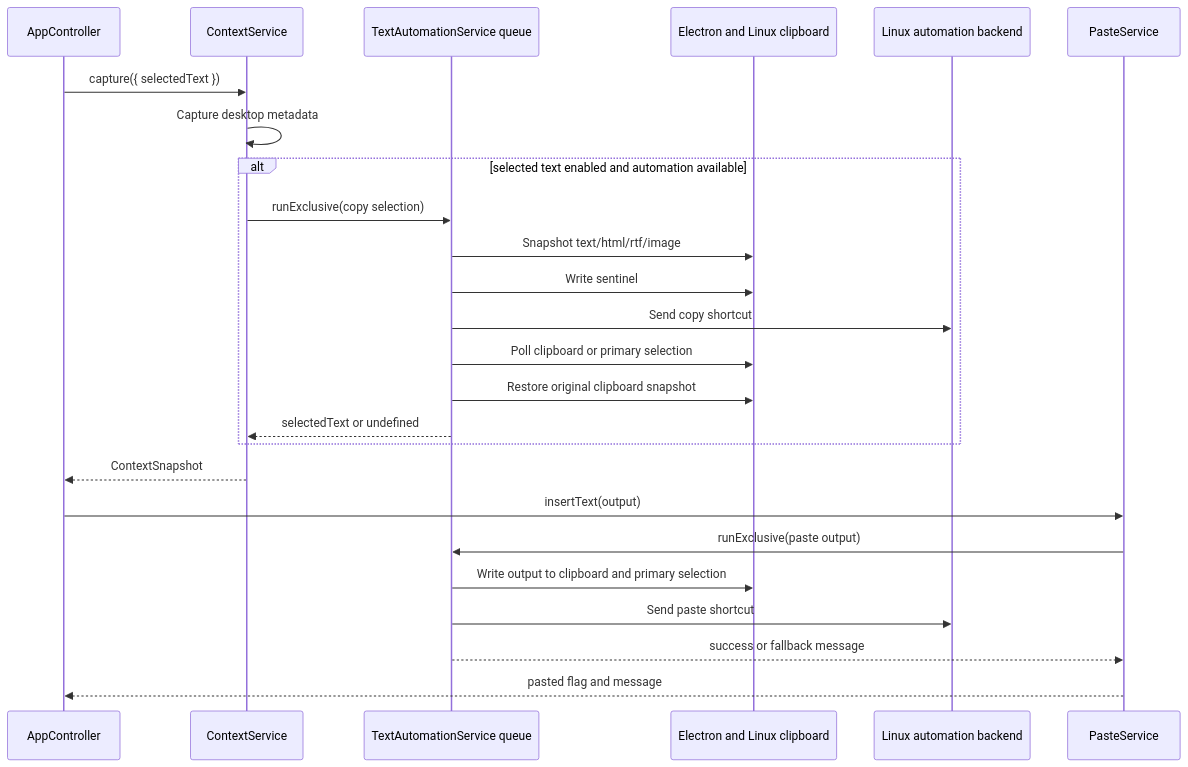
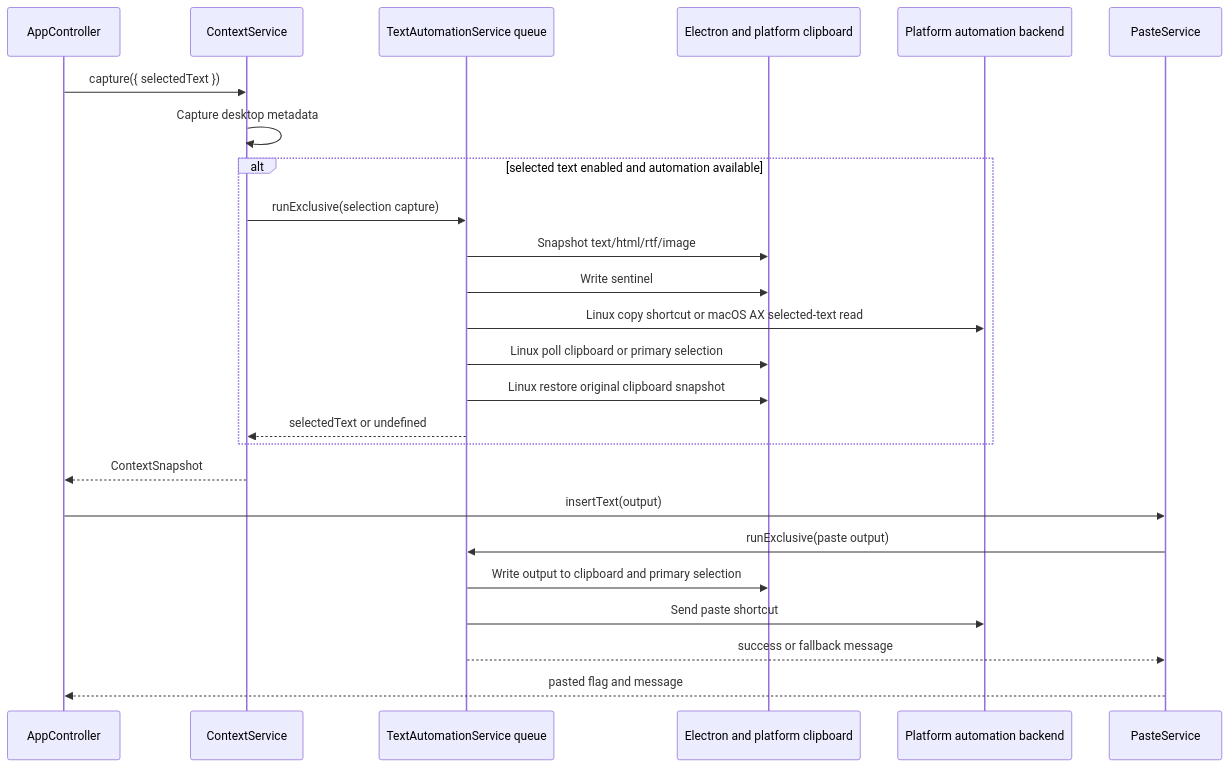
One commit to strxnd/murmur changed the diagram in docs/architecture/context-and-automation.md. Above: the diagram before and after it, drawn with Mermaid. The commit also changed other lines of this file and 74 other files, not shown here.

Commit message:
Add macOS automation support and runtime packaging

````diff
--- a/docs/architecture/context-and-automation.md
+++ b/docs/architecture/context-and-automation.md
@@ -5,28 +5,28 @@
 ```mermaid
 sequenceDiagram
   participant Main as AppController
   participant Context as ContextService
   participant Queue as TextAutomationService queue
-  participant Clipboard as Electron and Linux clipboard
-  participant Backend as Linux automation backend
+  participant Clipboard as Electron and platform clipboard
+  participant Backend as Platform automation backend
   participant Paste as PasteService
 
   Main->>Context: capture({ selectedText })
   Context->>Context: Capture desktop metadata
   alt selected text enabled and automation available
-    Context->>Queue: runExclusive(copy selection)
+    Context->>Queue: runExclusive(selection capture)
     Queue->>Clipboard: Snapshot text/html/rtf/image
     Queue->>Clipboard: Write sentinel
-    Queue->>Backend: Send copy shortcut
-    Queue->>Clipboard: Poll clipboard or primary selection
-    Queue->>Clipboard: Restore original clipboard snapshot
+    Queue->>Backend: Linux copy shortcut or macOS AX selected-text read
+    Queue->>Clipboard: Linux poll clipboard or primary selection
+    Queue->>Clipboard: Linux restore original clipboard snapshot
     Queue-->>Context: selectedText or undefined
   end
   Context-->>Main: ContextSnapshot
   Main->>Paste: insertText(output)
   Paste->>Queue: runExclusive(paste output)
   Queue->>Clipboard: Write output to clipboard and primary selection
   Queue->>Backend: Send paste shortcut
   Queue-->>Paste: success or fallback message
   Paste-->>Main: pasted flag and message
 ```
````
